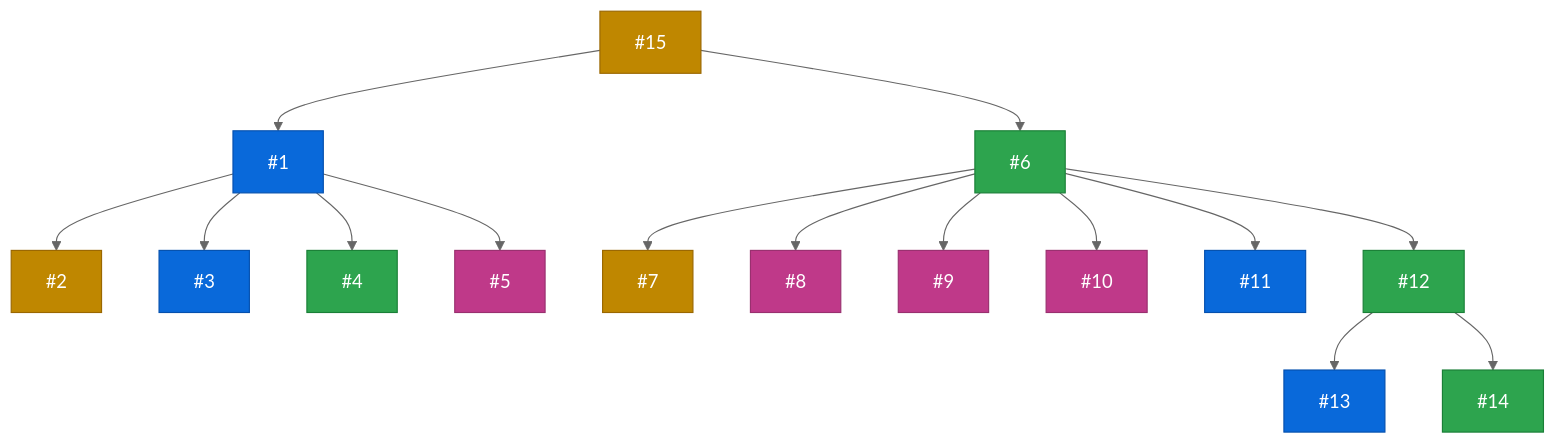
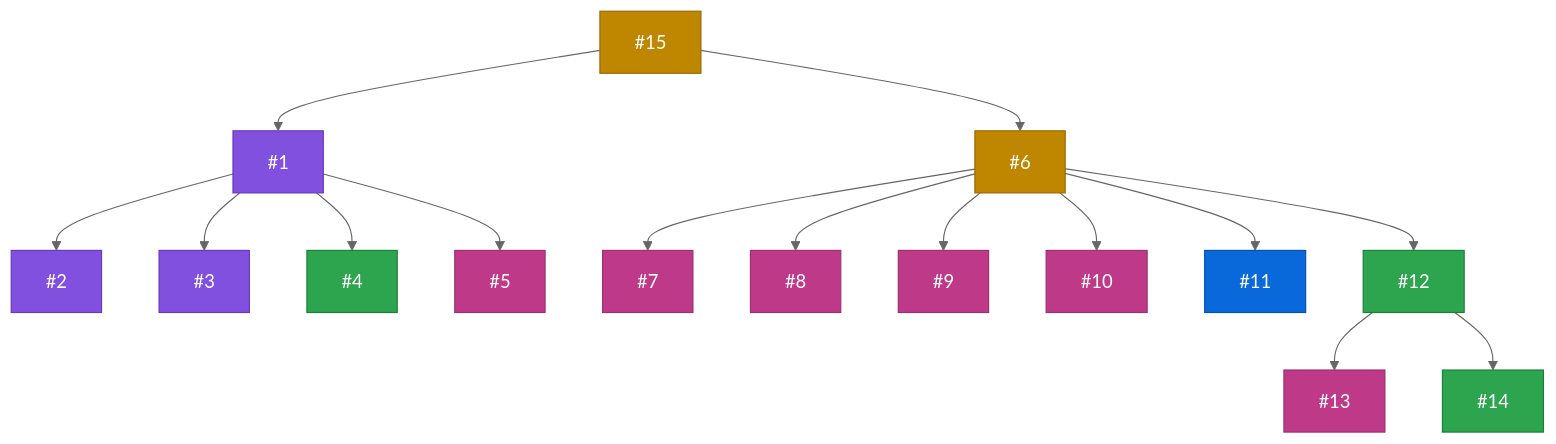
Before and after one commit to zappfish/zapp-requirements-tracker: the fourth of 9 diagrams in README.md, drawn with Mermaid (neutral theme). The commit also changed other lines of this file, not shown here.

Commit message:
Update WBS diagram colors to match project board statuses (#122)

````diff
--- a/README.md
+++ b/README.md
@@ -185,49 +185,49 @@
 ```mermaid
 graph TD
     R2["#15"]:::inprogress
 
-    R2A["#1"]:::upnext
-    R2B["#6"]:::backlog
+    R2A["#1"]:::inreview
+    R2B["#6"]:::inprogress
     R2 --> R2A & R2B
 
-    R2A1["#2"]:::inprogress
-    R2A2["#3"]:::upnext
+    R2A1["#2"]:::inreview
+    R2A2["#3"]:::inreview
     R2A3["#4"]:::backlog
     R2A4["#5"]:::stable
     R2A --> R2A1 & R2A2 & R2A3 & R2A4
 
-    R2B1["#7"]:::inprogress
+    R2B1["#7"]:::stable
     R2B2["#8"]:::stable
     R2B3["#9"]:::stable
     R2B4["#10"]:::stable
     R2B5["#11"]:::upnext
     R2B6["#12"]:::backlog
     R2B --> R2B1 & R2B2 & R2B3 & R2B4 & R2B5 & R2B6
 
-    R2B6A["#13"]:::upnext
+    R2B6A["#13"]:::stable
     R2B6B["#14"]:::backlog
     R2B6 --> R2B6A & R2B6B
 
     click R2 href "https://github.com/zappfish/zapp-requirements-tracker/issues/15" _blank
     click R2A href "https://github.com/zappfish/zapp-requirements-tracker/issues/1" _blank
     click R2B href "https://github.com/zappfish/zapp-requirements-tracker/issues/6" _blank
     click R2A1 href "https://github.com/zappfish/zapp-requirements-tracker/issues/2" _blank
     click R2A2 href "https://github.com/zappfish/zapp-requirements-tracker/issues/3" _blank
     click R2A3 href "https://github.com/zappfish/zapp-requirements-tracker/issues/4" _blank
     click R2A4 href "https://github.com/zappfish/zapp-requirements-tracker/issues/5" _blank
     click R2B1 href "https://github.com/zappfish/zapp-requirements-tracker/issues/7" _blank
     click R2B2 href "https://github.com/zappfish/zapp-requirements-tracker/issues/8" _blank
     click R2B3 href "https://github.com/zappfish/zapp-requirements-tracker/issues/9" _blank
     click R2B4 href "https://github.com/zappfish/zapp-requirements-tracker/issues/10" _blank
     click R2B5 href "https://github.com/zappfish/zapp-requirements-tracker/issues/11" _blank
     click R2B6 href "https://github.com/zappfish/zapp-requirements-tracker/issues/12" _blank
     click R2B6A href "https://github.com/zappfish/zapp-requirements-tracker/issues/13" _blank
     click R2B6B href "https://github.com/zappfish/zapp-requirements-tracker/issues/14" _blank
 
     classDef backlog fill:#2da44e,stroke:#1a7f37,color:#fff
     classDef upnext fill:#0969da,stroke:#0550ae,color:#fff
     classDef inprogress fill:#bf8700,stroke:#9a6700,color:#fff
     classDef inreview fill:#8250df,stroke:#6639ba,color:#fff
     classDef stable fill:#bf3989,stroke:#99306f,color:#fff
     classDef done fill:#bc4c00,stroke:#953800,color:#fff
 ```
````
